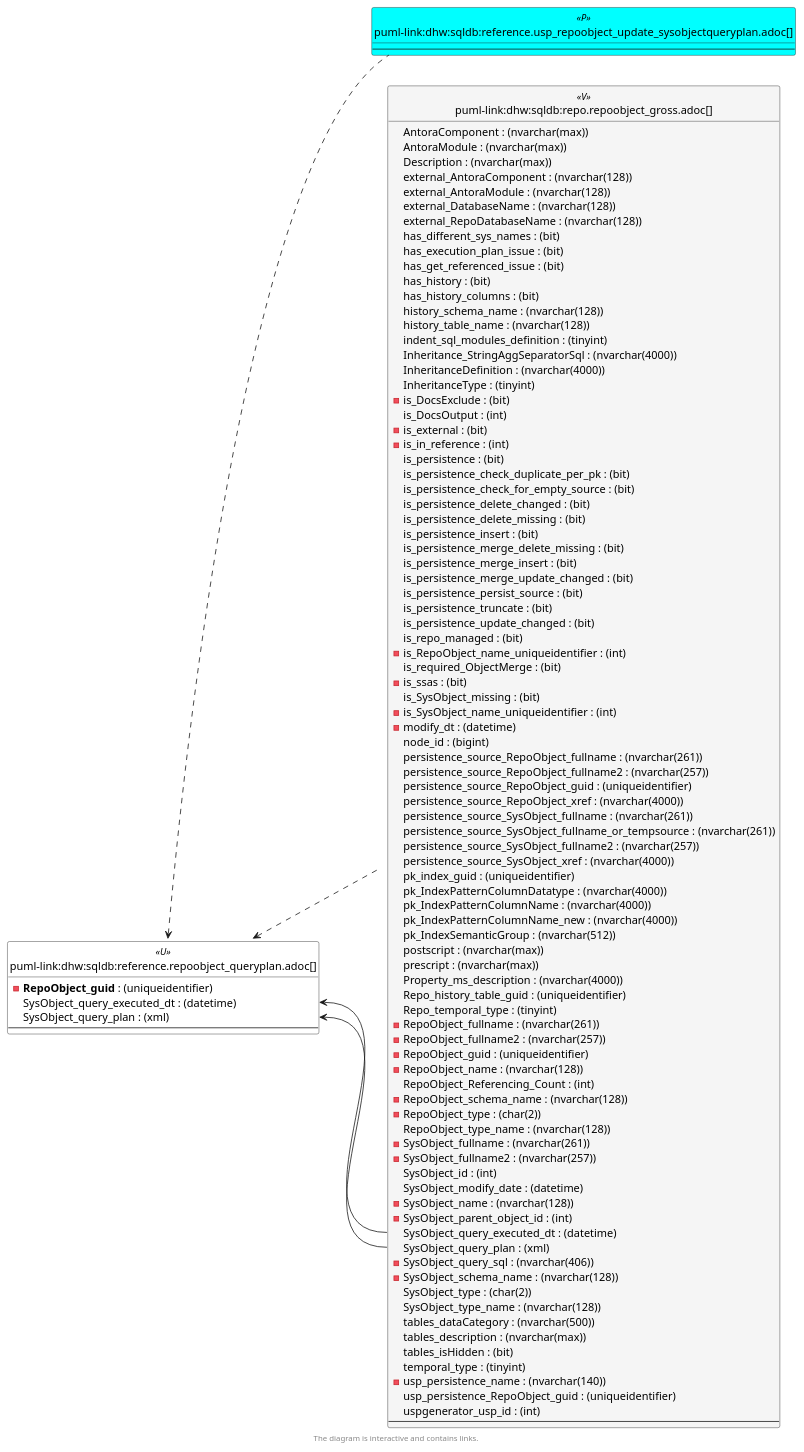
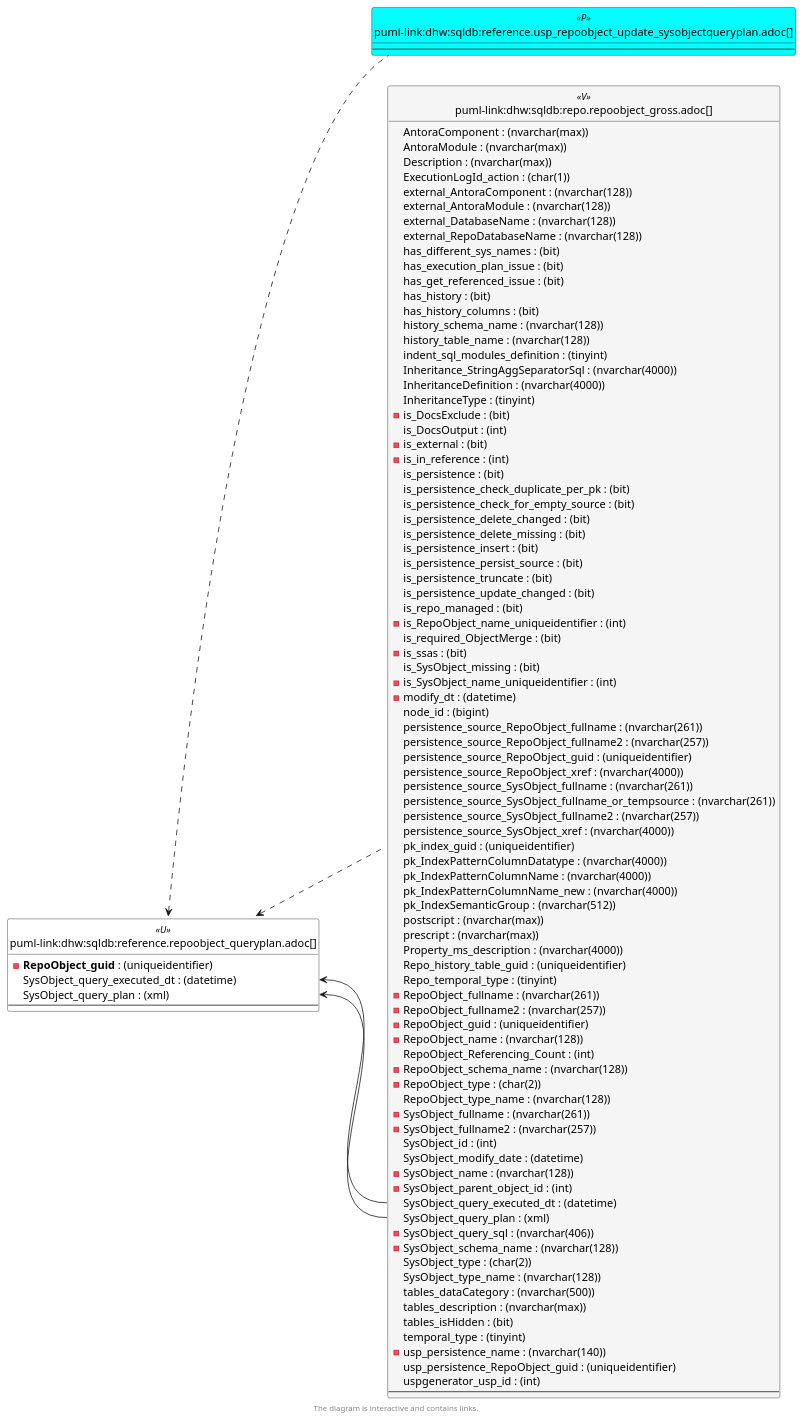
Before and after one commit to DataHandwerk/dhw-antora-sqldb: the sixth of 6 diagrams in docs/modules/sqldb/partials/content/reference.repoobject_queryplan.adoc, drawn with PlantUML. The commit also changed other lines of this file and 751 other files, not shown here.

```diff
--- a/docs/modules/sqldb/partials/content/reference.repoobject_queryplan.adoc
+++ b/docs/modules/sqldb/partials/content/reference.repoobject_queryplan.adoc
@@ -1596,6 +1596,7 @@
   AntoraComponent : (nvarchar(max))
   AntoraModule : (nvarchar(max))
   Description : (nvarchar(max))
+  ExecutionLogId_action : (char(1))
   external_AntoraComponent : (nvarchar(128))
   external_AntoraModule : (nvarchar(128))
   external_DatabaseName : (nvarchar(128))
@@ -1621,9 +1622,6 @@
   is_persistence_delete_changed : (bit)
   is_persistence_delete_missing : (bit)
   is_persistence_insert : (bit)
-  is_persistence_merge_delete_missing : (bit)
-  is_persistence_merge_insert : (bit)
-  is_persistence_merge_update_changed : (bit)
   is_persistence_persist_source : (bit)
   is_persistence_truncate : (bit)
   is_persistence_update_changed : (bit)
@@ -1683,8 +1681,8 @@
   --
 }
 
+reference.RepoObject_QueryPlan <.. reference.usp_RepoObject_update_SysObjectQueryPlan
 reference.RepoObject_QueryPlan <.. repo.RepoObject_gross
-reference.RepoObject_QueryPlan <.. reference.usp_RepoObject_update_SysObjectQueryPlan
 "reference.RepoObject_QueryPlan::SysObject_query_executed_dt" <-- "repo.RepoObject_gross::SysObject_query_executed_dt"
 "reference.RepoObject_QueryPlan::SysObject_query_plan" <-- "repo.RepoObject_gross::SysObject_query_plan"
 
```
